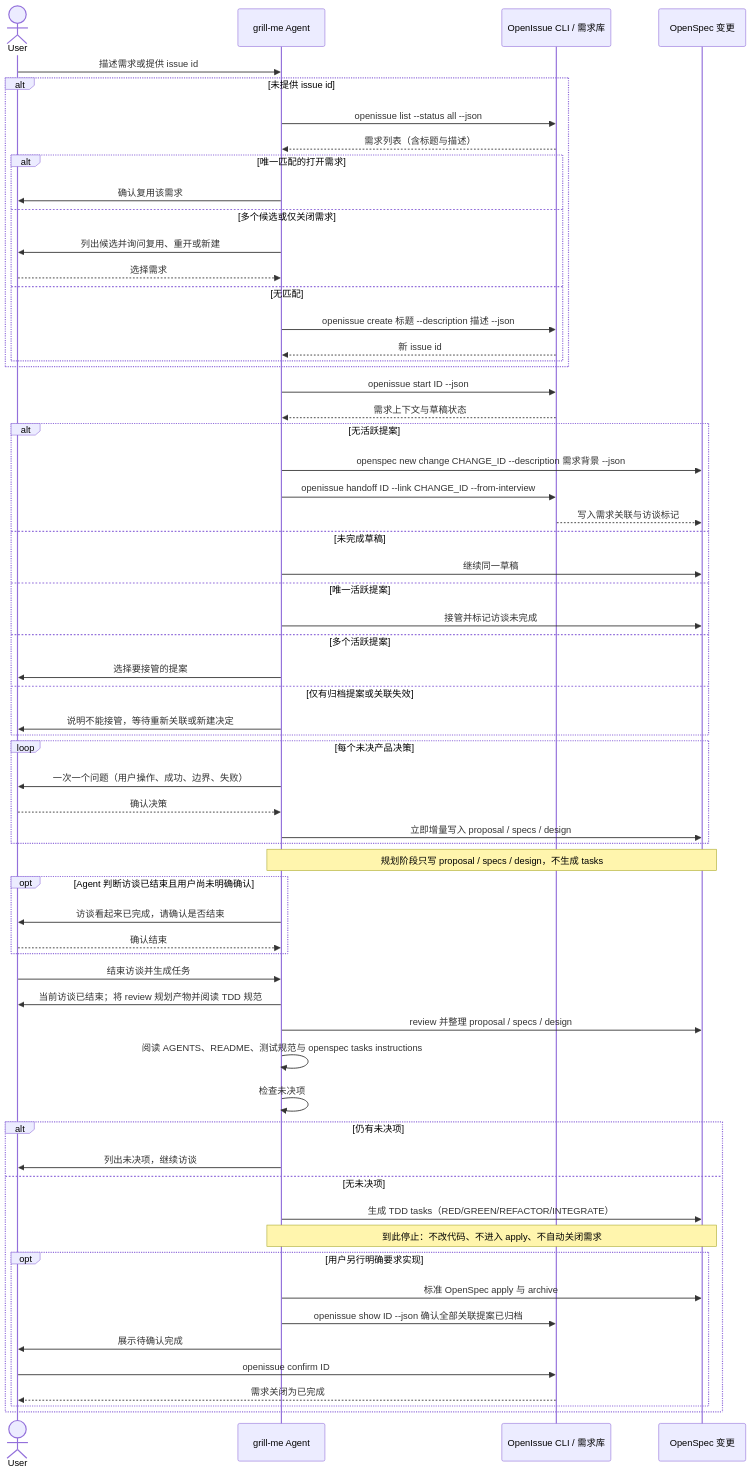
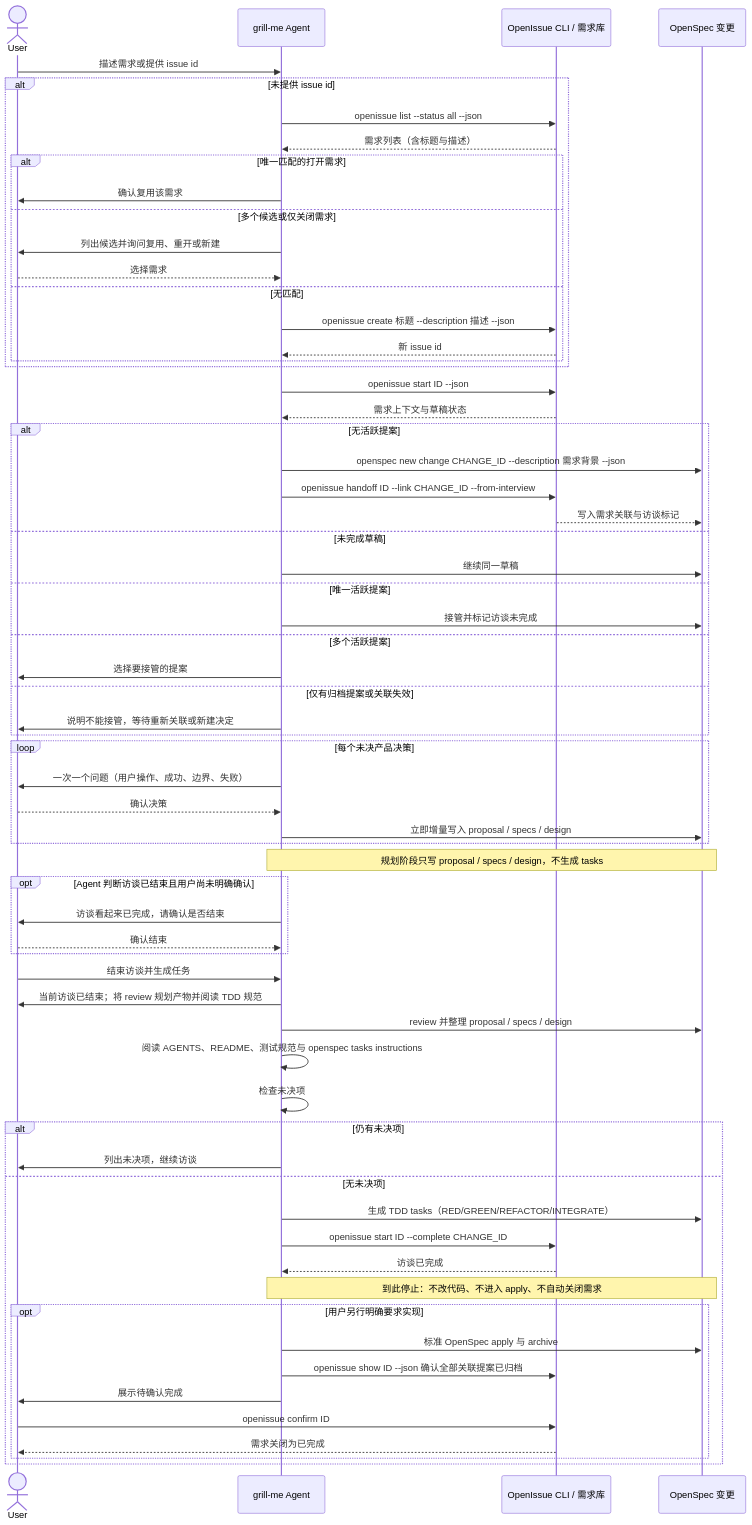
Before and after one commit to 7kbeat/OpenIssue: the second of 2 diagrams in README.md, drawn with Mermaid. The commit also changed other lines of this file and 6 other files, not shown here.

````diff
--- a/README.md
+++ b/README.md
@@ -154,69 +154,71 @@
 ```mermaid
 sequenceDiagram
   actor User
   participant Agent as grill-me Agent
   participant OI as OpenIssue CLI / 需求库
   participant OS as OpenSpec 变更
 
   User->>Agent: 描述需求或提供 issue id
   alt 未提供 issue id
     Agent->>OI: openissue list --status all --json
     OI-->>Agent: 需求列表（含标题与描述）
     alt 唯一匹配的打开需求
       Agent->>User: 确认复用该需求
     else 多个候选或仅关闭需求
       Agent->>User: 列出候选并询问复用、重开或新建
       User-->>Agent: 选择需求
     else 无匹配
       Agent->>OI: openissue create 标题 --description 描述 --json
       OI-->>Agent: 新 issue id
     end
   end
 
   Agent->>OI: openissue start ID --json
   OI-->>Agent: 需求上下文与草稿状态
 
   alt 无活跃提案
     Agent->>OS: openspec new change CHANGE_ID --description 需求背景 --json
     Agent->>OI: openissue handoff ID --link CHANGE_ID --from-interview
     OI-->>OS: 写入需求关联与访谈标记
   else 未完成草稿
     Agent->>OS: 继续同一草稿
   else 唯一活跃提案
     Agent->>OS: 接管并标记访谈未完成
   else 多个活跃提案
     Agent->>User: 选择要接管的提案
   else 仅有归档提案或关联失效
     Agent->>User: 说明不能接管，等待重新关联或新建决定
   end
 
   loop 每个未决产品决策
     Agent->>User: 一次一个问题（用户操作、成功、边界、失败）
     User-->>Agent: 确认决策
     Agent->>OS: 立即增量写入 proposal / specs / design
   end
   Note over Agent,OS: 规划阶段只写 proposal / specs / design，不生成 tasks
 
   opt Agent 判断访谈已结束且用户尚未明确确认
     Agent->>User: 访谈看起来已完成，请确认是否结束
     User-->>Agent: 确认结束
   end
   User->>Agent: 结束访谈并生成任务
   Agent->>User: 当前访谈已结束；将 review 规划产物并阅读 TDD 规范
   Agent->>OS: review 并整理 proposal / specs / design
   Agent->>Agent: 阅读 AGENTS、README、测试规范与 openspec tasks instructions
   Agent->>Agent: 检查未决项
   alt 仍有未决项
     Agent->>User: 列出未决项，继续访谈
   else 无未决项
     Agent->>OS: 生成 TDD tasks（RED/GREEN/REFACTOR/INTEGRATE）
+    Agent->>OI: openissue start ID --complete CHANGE_ID
+    OI-->>Agent: 访谈已完成
     Note over Agent,OS: 到此停止：不改代码、不进入 apply、不自动关闭需求
     opt 用户另行明确要求实现
       Agent->>OS: 标准 OpenSpec apply 与 archive
       Agent->>OI: openissue show ID --json 确认全部关联提案已归档
       Agent->>User: 展示待确认完成
       User->>OI: openissue confirm ID
       OI-->>User: 需求关闭为已完成
     end
   end
 ```
````
